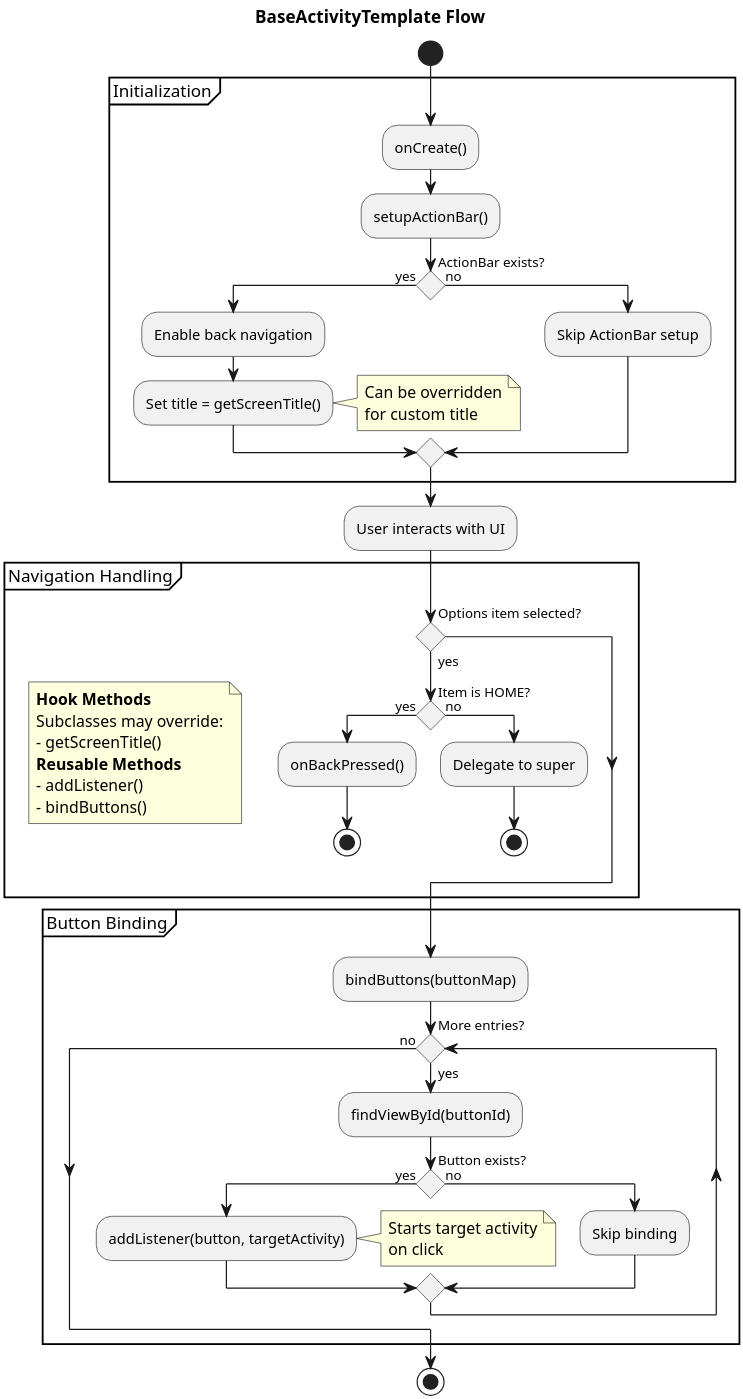
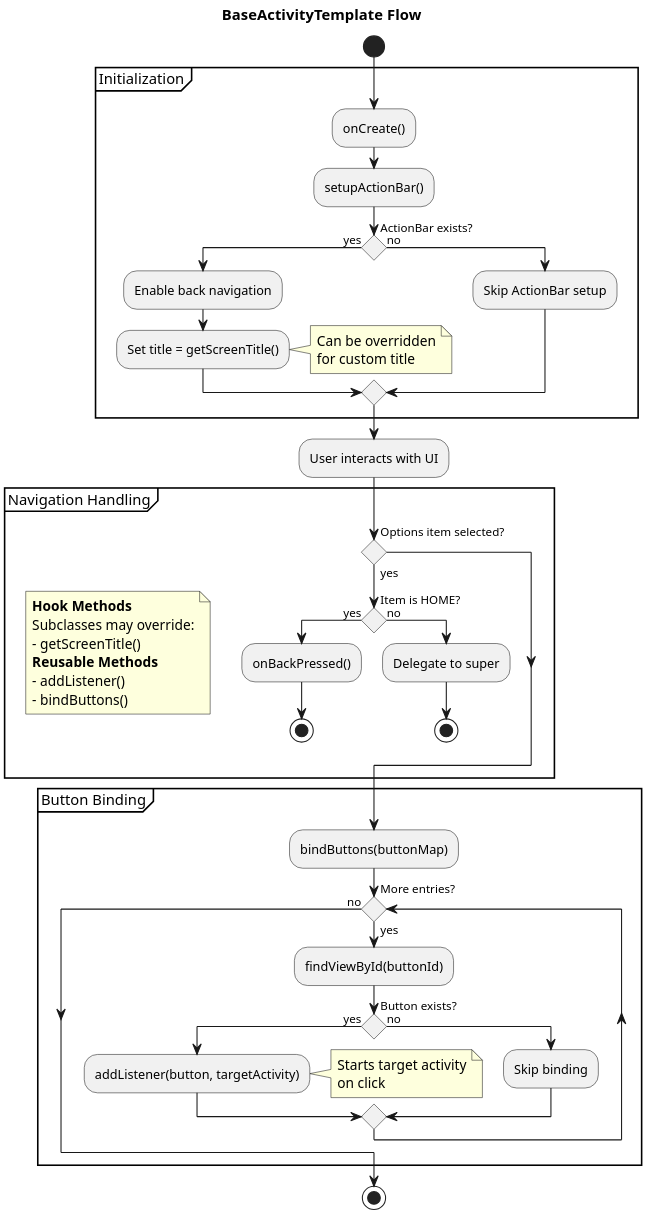
Before and after one commit to domi-cmd/Reference_Application_for_OWASP_MASTG: the diagram in apps/uml_diagrams/BaseActivityTemplate.puml, drawn with PlantUML. The commit also changed 1 other file, not shown here.

Commit message:
Downsized the BaseActivityTemplate flow diagram as to make it fit onto an a4 page

```diff
--- a/apps/uml_diagrams/BaseActivityTemplate.puml
+++ b/apps/uml_diagrams/BaseActivityTemplate.puml
@@ -1,63 +1,63 @@
 @startuml
 title BaseActivityTemplate Flow
 
 skinparam conditionStyle diamond
 skinparam partitionMinWidth 300
-skinparam dpi 300
+skinparam dpi 260
 
 start
 
 partition "Initialization" {
   :onCreate();
   :setupActionBar();
 
   if (ActionBar exists?) then (yes)
     :Enable back navigation;
     :Set title = getScreenTitle();
     note right: Can be overridden\nfor custom title
   else (no)
     :Skip ActionBar setup;
   endif
 }
 
 :User interacts with UI;
 
 partition "Navigation Handling" {
     note left
       **Hook Methods**
       Subclasses may override:
       - getScreenTitle()
       **Reusable Methods**
       - addListener()
       - bindButtons()
     end note
 
   if (Options item selected?) then (yes)
     if (Item is HOME?) then (yes)
       :onBackPressed();
       stop
     else (no)
       :Delegate to super;
       stop
     endif
   endif
 }
 
 partition "Button Binding" {
   :bindButtons(buttonMap);
 
   while (More entries?) is (yes)
     :findViewById(buttonId);
 
     if (Button exists?) then (yes)
       :addListener(button, targetActivity);
       note right: Starts target activity\non click
     else (no)
       :Skip binding;
     endif
   endwhile (no)
 }
 
 stop
 
 @enduml
```
